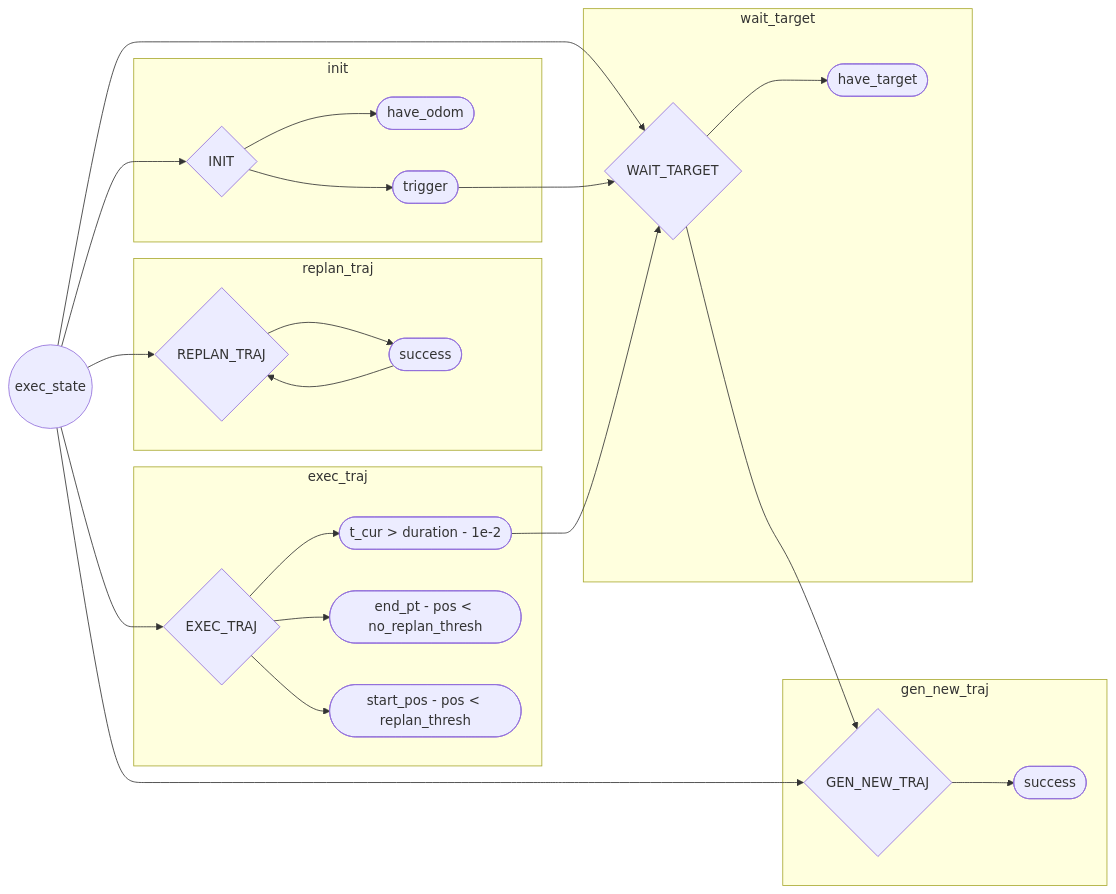
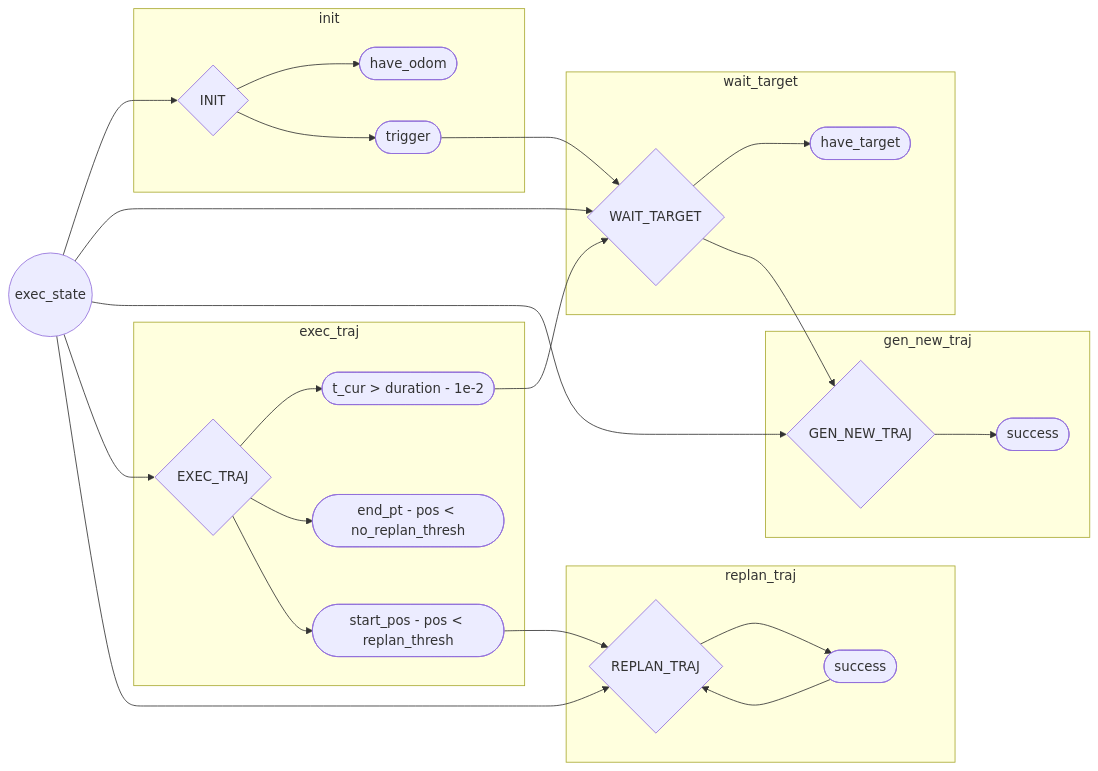
Before and after one commit to Dieptranivsr/drone_extend: the first of 2 diagrams in sp_code/create_table.md, drawn with Mermaid.

````diff
--- a/sp_code/create_table.md
+++ b/sp_code/create_table.md
@@ -1,30 +1,31 @@
 ```mermaid
 flowchart LR
     id1((exec_state)) --> id2{INIT}
     id1 --> id3{WAIT_TARGET}
     id1 --> id4{GEN_NEW_TRAJ}
     id1 --> id5{EXEC_TRAJ}
     id1 --> id6{REPLAN_TRAJ}
     subgraph replan_traj
         id6 --> id14([success])
     end
     subgraph exec_traj
         id5 --> id11([t_cur > duration - 1e-2])
         id5 --> id12([end_pt - pos < no_replan_thresh])
         id5 --> id13([start_pos - pos < replan_thresh])
     end
     subgraph gen_new_traj
         id4 --> id10([success])
     end
     subgraph wait_target
         id3 --> id9([have_target])
     end
     subgraph init
         id2 --> id7([have_odom])
         id2 --> id8([trigger])
     end
     id8 --> id3
     id11 --> id3
     id3 --> id4
+    id13 --> id6
     id14 --> id6
 ```
````
